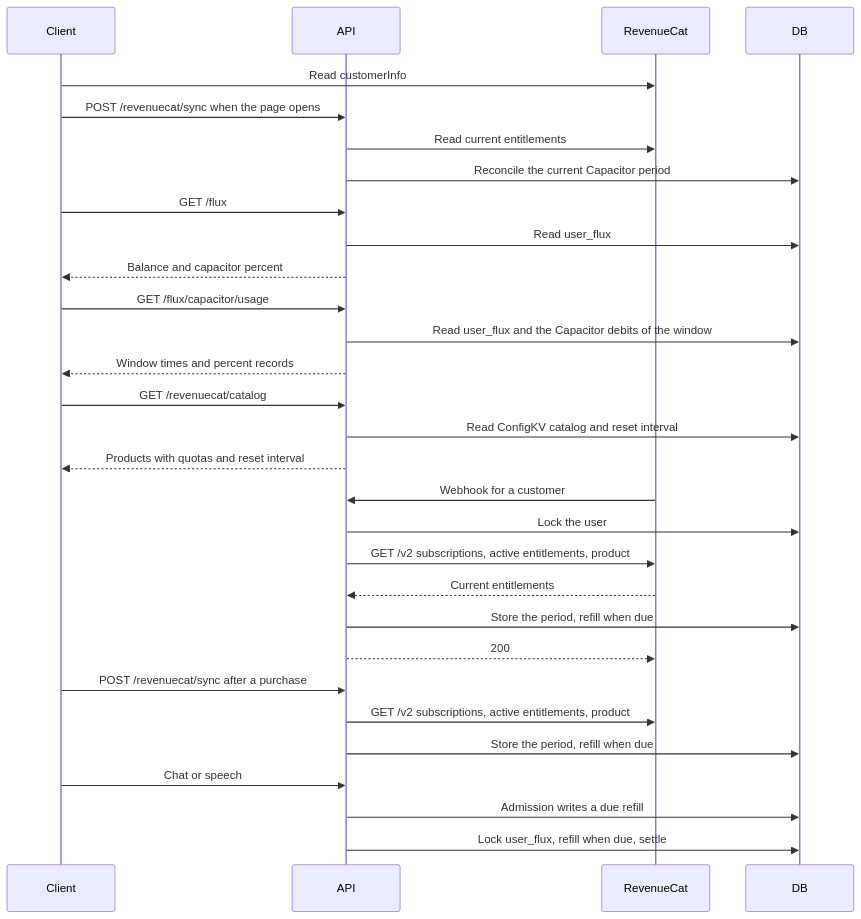
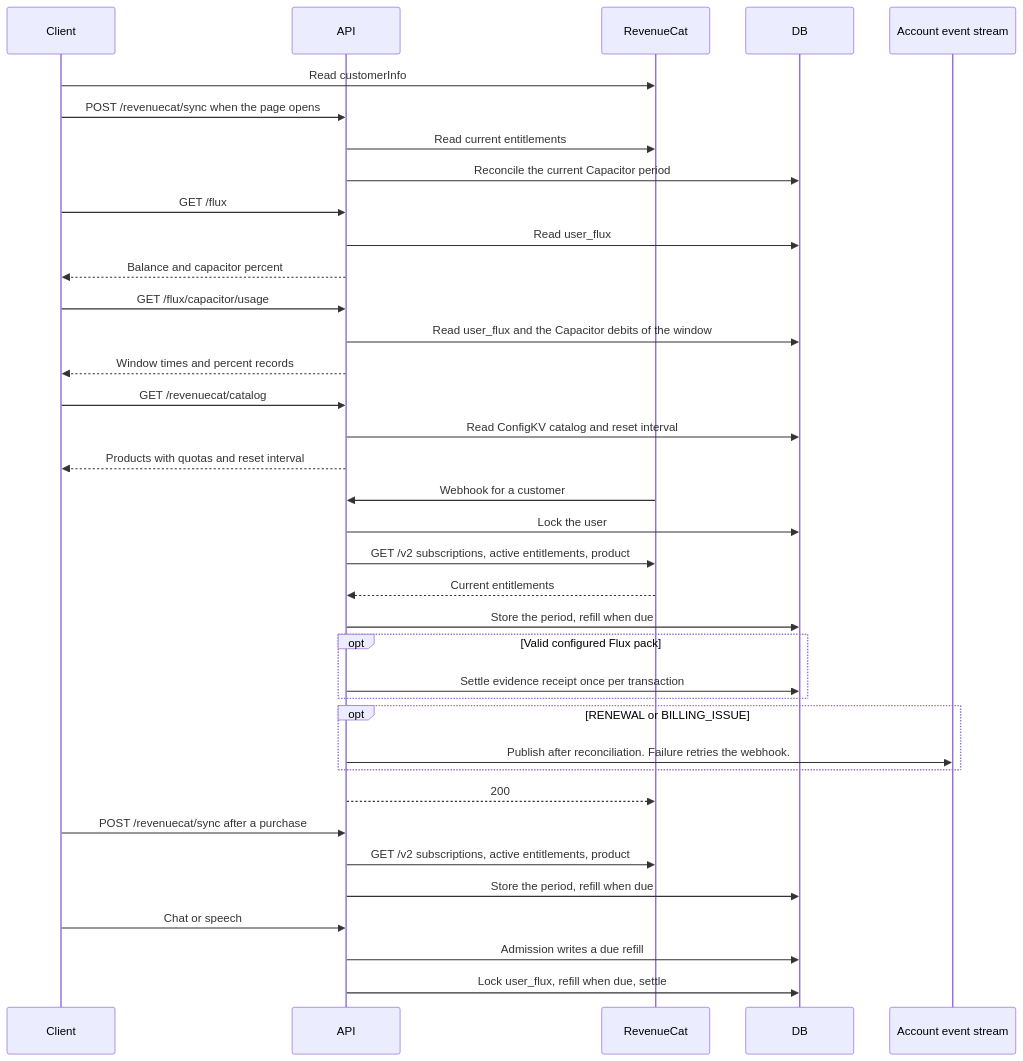
One commit to moeru-ai/airi changed the second of 2 diagrams in server/docs/ai/adr/2026-10-04-subscription-credits.md. Above: the diagram before and after it, drawn with Mermaid. The commit also changed other lines of this file and 5 other files, not shown here.

First line of the commit message:
test(api): cover RevenueCat pack reconciliation during rebase

````diff
--- a/server/docs/ai/adr/2026-10-04-subscription-credits.md
+++ b/server/docs/ai/adr/2026-10-04-subscription-credits.md
@@ -223,32 +228,39 @@
 ```mermaid
 sequenceDiagram
   participant Client
   participant API
   participant RC as RevenueCat
   participant DB
+  participant Events as Account event stream
   Client->>RC: Read customerInfo
   Client->>API: POST /revenuecat/sync when the page opens
   API->>RC: Read current entitlements
   API->>DB: Reconcile the current Capacitor period
   Client->>API: GET /flux
   API->>DB: Read user_flux
   API-->>Client: Balance and capacitor percent
   Client->>API: GET /flux/capacitor/usage
   API->>DB: Read user_flux and the Capacitor debits of the window
   API-->>Client: Window times and percent records
   Client->>API: GET /revenuecat/catalog
   API->>DB: Read ConfigKV catalog and reset interval
   API-->>Client: Products with quotas and reset interval
   RC->>API: Webhook for a customer
   API->>DB: Lock the user
   API->>RC: GET /v2 subscriptions, active entitlements, product
   RC-->>API: Current entitlements
   API->>DB: Store the period, refill when due
+  opt Valid configured Flux pack
+    API->>DB: Settle evidence receipt once per transaction
+  end
+  opt RENEWAL or BILLING_ISSUE
+    API->>Events: Publish after reconciliation. Failure retries the webhook.
+  end
   API-->>RC: 200
   Client->>API: POST /revenuecat/sync after a purchase
   API->>RC: GET /v2 subscriptions, active entitlements, product
   API->>DB: Store the period, refill when due
   Client->>API: Chat or speech
   API->>DB: Admission writes a due refill
   API->>DB: Lock user_flux, refill when due, settle
 ```
````
